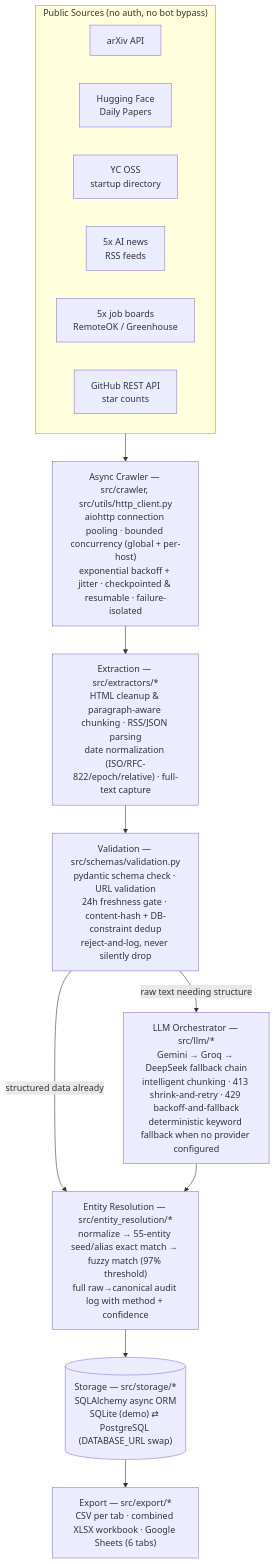
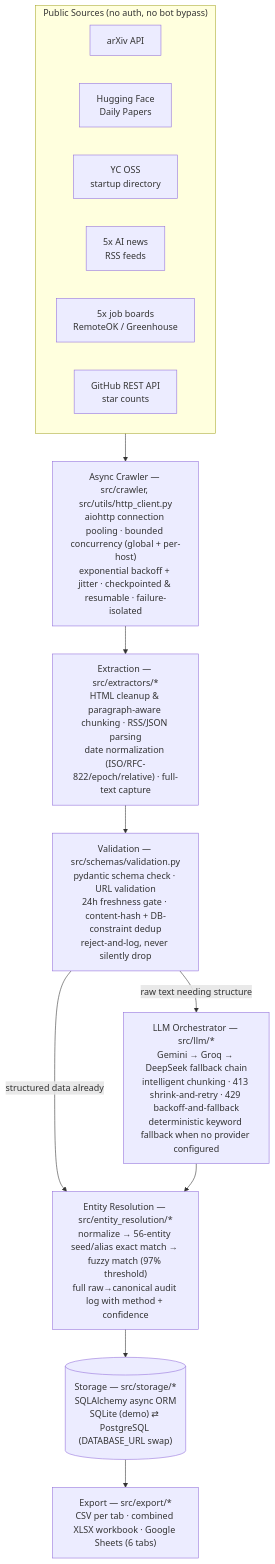
The first of 2 diagrams in README.md (Chittalasailu/ai-intelligence-ingestion-pipeline), drawn with Mermaid before and after one commit. The commit also changed other lines of this file and 4 other files, not shown here.

````diff
--- a/README.md
+++ b/README.md
@@ -68,41 +68,41 @@
 ```mermaid
 flowchart TD
     subgraph Sources["Public Sources (no auth, no bot bypass)"]
         direction LR
         S1[arXiv API]
         S2[Hugging Face<br/>Daily Papers]
         S3[YC OSS<br/>startup directory]
         S4[5x AI news<br/>RSS feeds]
         S5[5x job boards<br/>RemoteOK / Greenhouse]
         S6[GitHub REST API<br/>star counts]
     end
 
     Sources --> Crawler
 
     Crawler["Async Crawler — src/crawler, src/utils/http_client.py<br/>aiohttp connection pooling · bounded concurrency (global + per-host)<br/>exponential backoff + jitter · checkpointed & resumable · failure-isolated"]
 
     Crawler --> Extract
 
     Extract["Extraction — src/extractors/*<br/>HTML cleanup & paragraph-aware chunking · RSS/JSON parsing<br/>date normalization (ISO/RFC-822/epoch/relative) · full-text capture"]
 
     Extract --> Validate
 
     Validate["Validation — src/schemas/validation.py<br/>pydantic schema check · URL validation<br/>24h freshness gate · content-hash + DB-constraint dedup<br/>reject-and-log, never silently drop"]
 
     Validate -->|structured data already| Resolve
     Validate -->|raw text needing structure| LLM
 
     LLM["LLM Orchestrator — src/llm/*<br/>Gemini → Groq → DeepSeek fallback chain<br/>intelligent chunking · 413 shrink-and-retry · 429 backoff-and-fallback<br/>deterministic keyword fallback when no provider configured"]
 
     LLM --> Resolve
 
-    Resolve["Entity Resolution — src/entity_resolution/*<br/>normalize → 55-entity seed/alias exact match → fuzzy match (97% threshold)<br/>full raw→canonical audit log with method + confidence"]
+    Resolve["Entity Resolution — src/entity_resolution/*<br/>normalize → 56-entity seed/alias exact match → fuzzy match (97% threshold)<br/>full raw→canonical audit log with method + confidence"]
 
     Resolve --> Storage
 
     Storage[("Storage — src/storage/*<br/>SQLAlchemy async ORM<br/>SQLite (demo) ⇄ PostgreSQL (DATABASE_URL swap)")]
 
     Storage --> Export
 
     Export["Export — src/export/*<br/>CSV per tab · combined XLSX workbook · Google Sheets (6 tabs)"]
 ```
````
